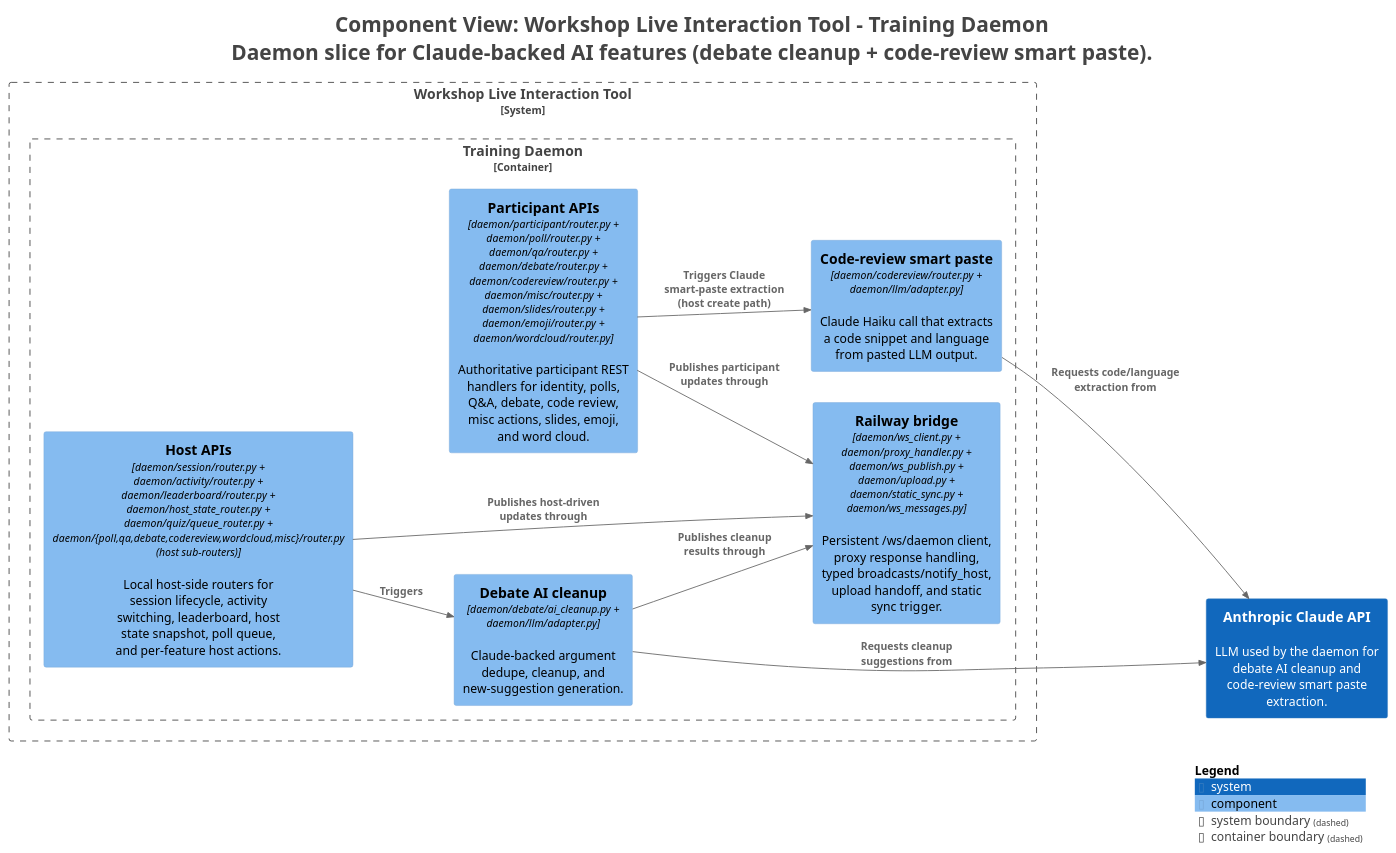
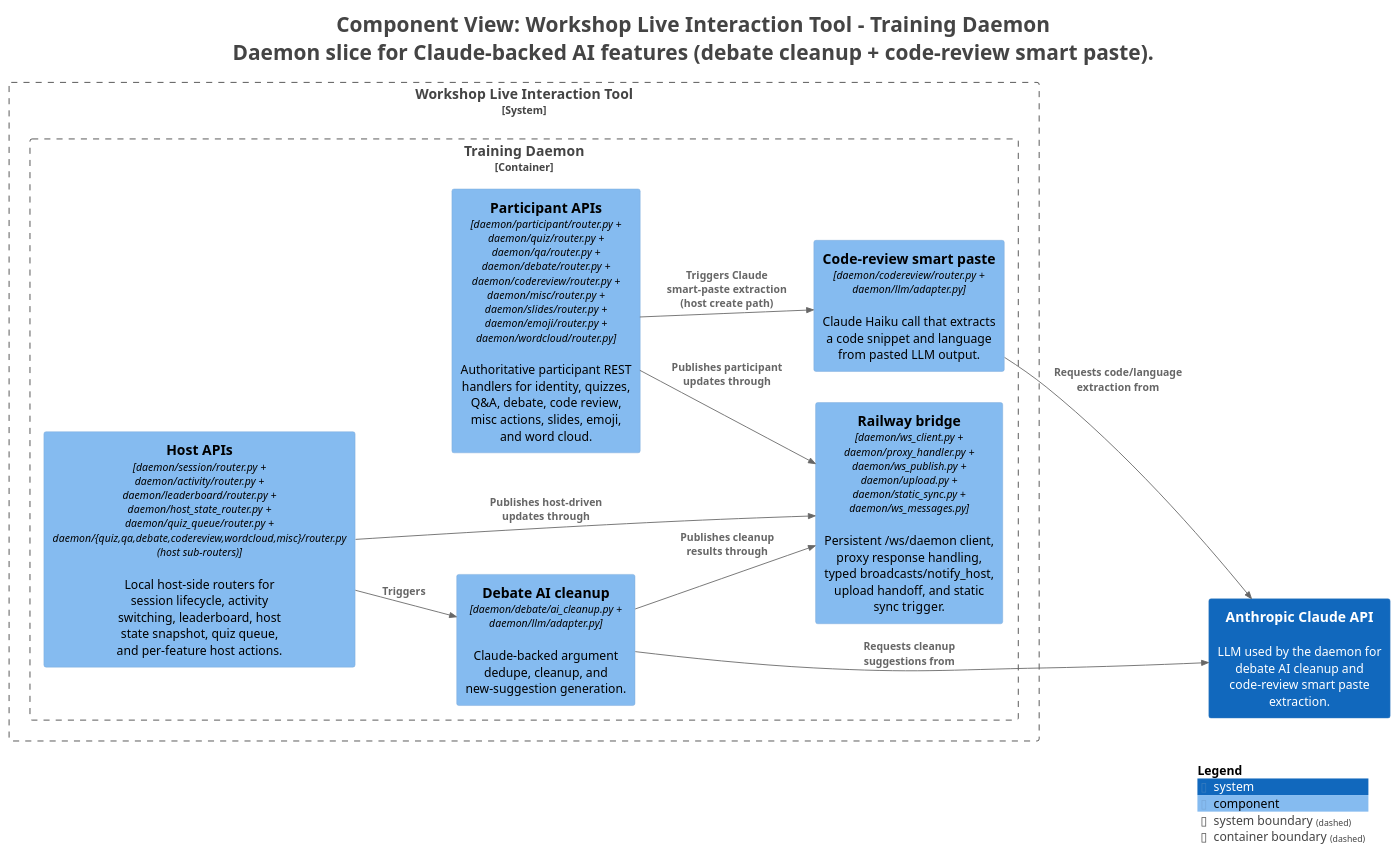
One commit to victorrentea/training-assistant changed the diagram in docs/c4views/C3-Daemon-Ai.puml. Above: the diagram before and after it, drawn with PlantUML. The commit also changed 192 other files, not shown here.

First line of the commit message:
refactor: rename Poll feature → Quiz (codebase, wire protocol, docs)

```diff
--- a/docs/c4views/C3-Daemon-Ai.puml
+++ b/docs/c4views/C3-Daemon-Ai.puml
@@ -1,41 +1,41 @@
 @startuml
 title <size:24>Component View: Workshop Live Interaction Tool - Training Daemon</size>\n<size:24>Daemon slice for Claude-backed AI features (debate cleanup + code-review smart paste).</size>
 
 set separator none
 left to right direction
 
 <style>
   root {
     BackgroundColor: #ffffff
     FontColor: #444444
   }
 </style>
 
 !include <C4/C4>
 !include <C4/C4_Context>
 !include <C4/C4_Component>
 
 System(AnthropicClaudeAPI, "Anthropic Claude API", $descr="LLM used by the daemon for debate AI cleanup and code-review smart paste extraction.", $tags="", $link="")
 
 System_Boundary("WorkshopLiveInteractionTool_boundary", "Workshop Live Interaction Tool", $tags="") {
   Container_Boundary("WorkshopLiveInteractionTool.TrainingDaemon_boundary", "Training Daemon", $tags="") {
-    Component(WorkshopLiveInteractionTool.TrainingDaemon.ParticipantAPIs, "Participant APIs", $techn="daemon/participant/router.py + daemon/poll/router.py + daemon/qa/router.py + daemon/debate/router.py + daemon/codereview/router.py + daemon/misc/router.py + daemon/slides/router.py + daemon/emoji/router.py + daemon/wordcloud/router.py", $descr="Authoritative participant REST handlers for identity, polls, Q&A, debate, code review, misc actions, slides, emoji, and word cloud.", $tags="", $link="")
-    Component(WorkshopLiveInteractionTool.TrainingDaemon.HostAPIs, "Host APIs", $techn="daemon/session/router.py + daemon/activity/router.py + daemon/leaderboard/router.py + daemon/host_state_router.py + daemon/quiz/queue_router.py + daemon/{poll,qa,debate,codereview,wordcloud,misc}/router.py (host sub-routers)", $descr="Local host-side routers for session lifecycle, activity switching, leaderboard, host state snapshot, poll queue, and per-feature host actions.", $tags="", $link="")
+    Component(WorkshopLiveInteractionTool.TrainingDaemon.ParticipantAPIs, "Participant APIs", $techn="daemon/participant/router.py + daemon/quiz/router.py + daemon/qa/router.py + daemon/debate/router.py + daemon/codereview/router.py + daemon/misc/router.py + daemon/slides/router.py + daemon/emoji/router.py + daemon/wordcloud/router.py", $descr="Authoritative participant REST handlers for identity, quizzes, Q&A, debate, code review, misc actions, slides, emoji, and word cloud.", $tags="", $link="")
+    Component(WorkshopLiveInteractionTool.TrainingDaemon.HostAPIs, "Host APIs", $techn="daemon/session/router.py + daemon/activity/router.py + daemon/leaderboard/router.py + daemon/host_state_router.py + daemon/quiz_queue/router.py + daemon/{quiz,qa,debate,codereview,wordcloud,misc}/router.py (host sub-routers)", $descr="Local host-side routers for session lifecycle, activity switching, leaderboard, host state snapshot, quiz queue, and per-feature host actions.", $tags="", $link="")
     Component(WorkshopLiveInteractionTool.TrainingDaemon.Railwaybridge, "Railway bridge", $techn="daemon/ws_client.py + daemon/proxy_handler.py + daemon/ws_publish.py + daemon/upload.py + daemon/static_sync.py + daemon/ws_messages.py", $descr="Persistent /ws/daemon client, proxy response handling, typed broadcasts/notify_host, upload handoff, and static sync trigger.", $tags="", $link="")
     Component(WorkshopLiveInteractionTool.TrainingDaemon.DebateAIcleanup, "Debate AI cleanup", $techn="daemon/debate/ai_cleanup.py + daemon/llm/adapter.py", $descr="Claude-backed argument dedupe, cleanup, and new-suggestion generation.", $tags="", $link="")
     Component(WorkshopLiveInteractionTool.TrainingDaemon.Codereviewsmartpaste, "Code-review smart paste", $techn="daemon/codereview/router.py + daemon/llm/adapter.py", $descr="Claude Haiku call that extracts a code snippet and language from pasted LLM output.", $tags="", $link="")
   }
 
 }
 
 Rel(WorkshopLiveInteractionTool.TrainingDaemon.ParticipantAPIs, WorkshopLiveInteractionTool.TrainingDaemon.Railwaybridge, "Publishes participant updates through", $techn="", $tags="", $link="")
 Rel(WorkshopLiveInteractionTool.TrainingDaemon.ParticipantAPIs, WorkshopLiveInteractionTool.TrainingDaemon.Codereviewsmartpaste, "Triggers Claude smart-paste extraction (host create path)", $techn="", $tags="", $link="")
 Rel(WorkshopLiveInteractionTool.TrainingDaemon.HostAPIs, WorkshopLiveInteractionTool.TrainingDaemon.Railwaybridge, "Publishes host-driven updates through", $techn="", $tags="", $link="")
 Rel(WorkshopLiveInteractionTool.TrainingDaemon.HostAPIs, WorkshopLiveInteractionTool.TrainingDaemon.DebateAIcleanup, "Triggers", $techn="", $tags="", $link="")
 Rel(WorkshopLiveInteractionTool.TrainingDaemon.DebateAIcleanup, AnthropicClaudeAPI, "Requests cleanup suggestions from", $techn="", $tags="", $link="")
 Rel(WorkshopLiveInteractionTool.TrainingDaemon.DebateAIcleanup, WorkshopLiveInteractionTool.TrainingDaemon.Railwaybridge, "Publishes cleanup results through", $techn="", $tags="", $link="")
 Rel(WorkshopLiveInteractionTool.TrainingDaemon.Codereviewsmartpaste, AnthropicClaudeAPI, "Requests code/language extraction from", $techn="", $tags="", $link="")
 
 SHOW_LEGEND(true)
 hide stereotypes
 @enduml
```
